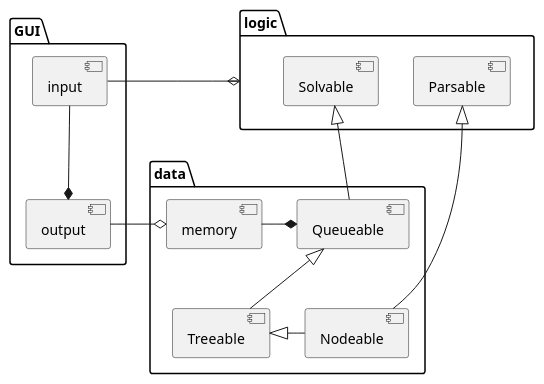
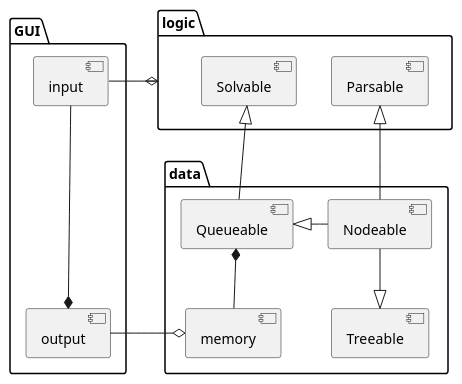
One commit to vitalispopoff/calculator changed the diagram in src/docs/UML/architecture.puml. Above: the diagram before and after it, drawn with PlantUML. The commit also changed 10 other files, not shown here.

```diff
--- a/src/docs/UML/architecture.puml
+++ b/src/docs/UML/architecture.puml
@@ -1,31 +1,31 @@
 @startuml
 
 package GUI {
     component output
     component input
 }
 
 package logic {
+    component Parsable
     component Solvable
-    component Parsable
+
 }
 
 package data {
     component memory
     component Queueable
     component Treeable
     component Nodeable
 }
 
 [input]     -right-o    logic
-[output]    *-up-       [input]
+[output]    *-up--      [input]
 [output]    -right-o    [memory]
-[memory]    -right-*    [Queueable]
 
+[Queueable] *-down-     [memory]
 [Solvable]  <|-down-    [Queueable]
-[Queueable] <|-down-    [Treeable]
-
-[Treeable]  <|-right-   [Nodeable]
+[Nodeable]  -left-|>    [Queueable]
+[Nodeable]  -down-|>    [Treeable]
 [Parsable]  <|-down-    [Nodeable]
 
 @enduml
```
